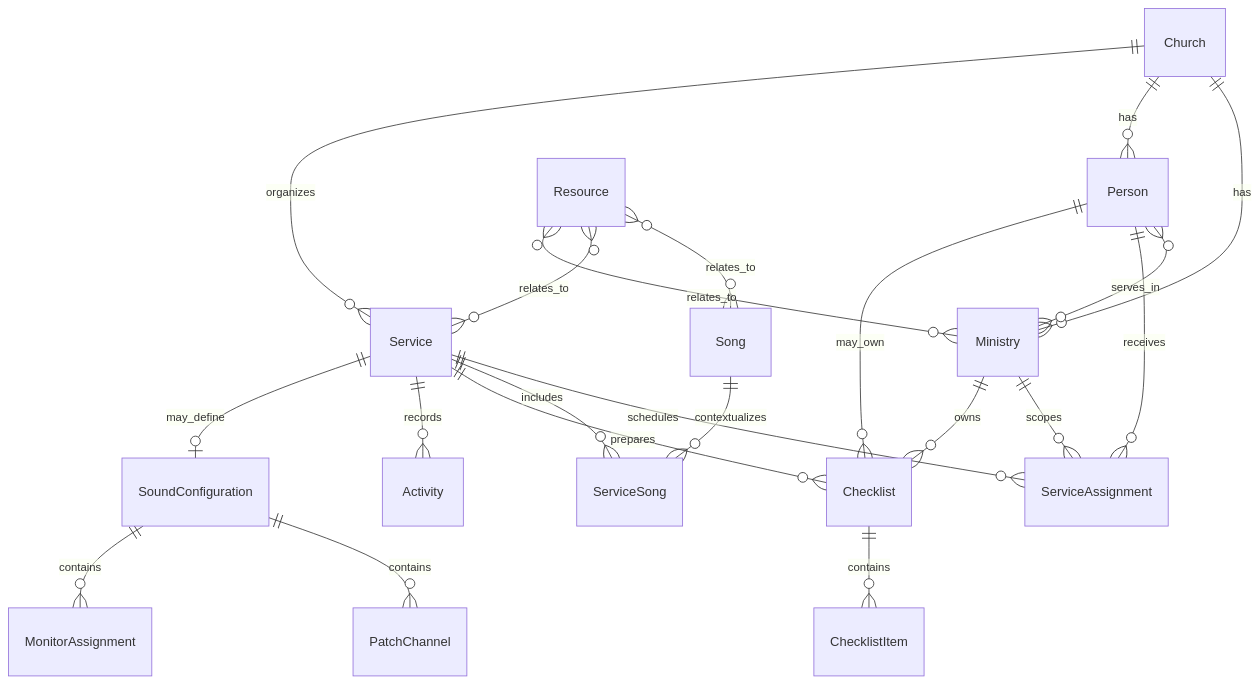
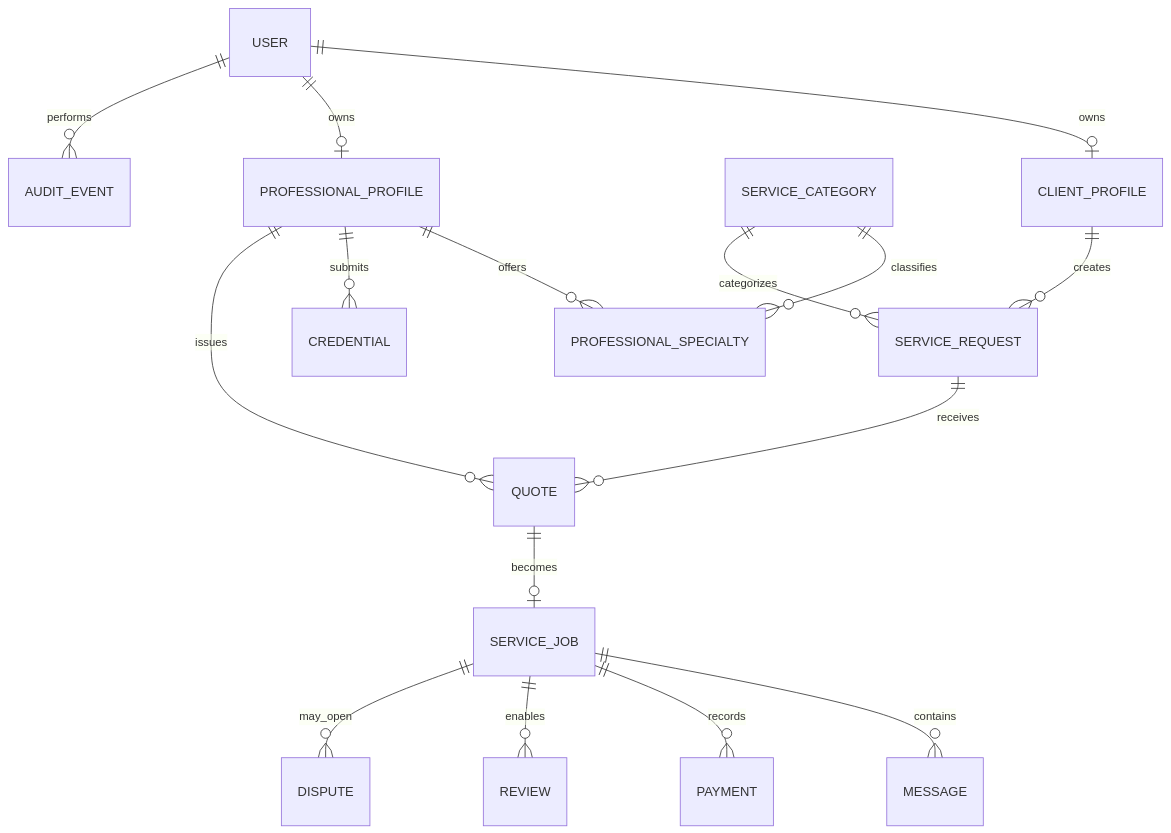
The diagram in docs/03-domain-model.md (898benja/capstone), drawn with Mermaid before and after one commit. The commit also changed other lines of this file and 52 other files, not shown here.

````diff
--- a/docs/03-domain-model.md
+++ b/docs/03-domain-model.md
@@ -7,23 +7,18 @@
 ```mermaid
 erDiagram
-    Church ||--o{ Ministry : has
-    Church ||--o{ Person : has
-    Church ||--o{ Service : organizes
-    Person }o--o{ Ministry : serves_in
-    Service ||--o{ ServiceAssignment : schedules
-    Person ||--o{ ServiceAssignment : receives
-    Ministry ||--o{ ServiceAssignment : scopes
-    Service ||--o{ ServiceSong : includes
-    Song ||--o{ ServiceSong : contextualizes
-    Service ||--o{ Checklist : prepares
-    Ministry ||--o{ Checklist : owns
-    Person ||--o{ Checklist : may_own
-    Checklist ||--o{ ChecklistItem : contains
-    Service ||--o{ Activity : records
-    Resource }o--o{ Song : relates_to
-    Resource }o--o{ Service : relates_to
-    Resource }o--o{ Ministry : relates_to
-    Service ||--o| SoundConfiguration : may_define
-    SoundConfiguration ||--o{ PatchChannel : contains
-    SoundConfiguration ||--o{ MonitorAssignment : contains
+    USER ||--o| CLIENT_PROFILE : owns
+    USER ||--o| PROFESSIONAL_PROFILE : owns
+    PROFESSIONAL_PROFILE ||--o{ PROFESSIONAL_SPECIALTY : offers
+    SERVICE_CATEGORY ||--o{ PROFESSIONAL_SPECIALTY : classifies
+    PROFESSIONAL_PROFILE ||--o{ CREDENTIAL : submits
+    CLIENT_PROFILE ||--o{ SERVICE_REQUEST : creates
+    SERVICE_CATEGORY ||--o{ SERVICE_REQUEST : categorizes
+    SERVICE_REQUEST ||--o{ QUOTE : receives
+    PROFESSIONAL_PROFILE ||--o{ QUOTE : issues
+    QUOTE ||--o| SERVICE_JOB : becomes
+    SERVICE_JOB ||--o{ MESSAGE : contains
+    SERVICE_JOB ||--o{ PAYMENT : records
+    SERVICE_JOB ||--o{ REVIEW : enables
+    SERVICE_JOB ||--o{ DISPUTE : may_open
+    USER ||--o{ AUDIT_EVENT : performs
 ```
````
